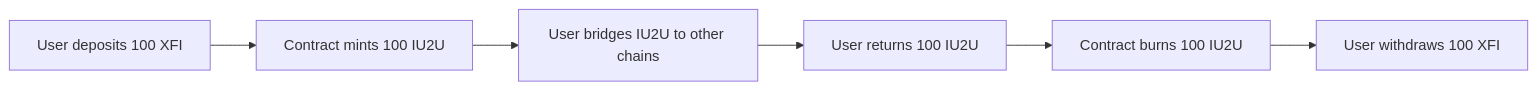
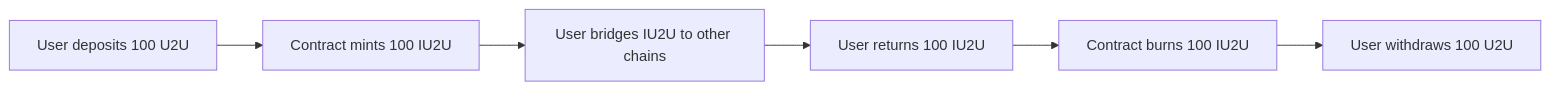
Before and after one commit to DINetworks/DI-U2U-Contracts: the first of 2 diagrams in docs/resources/faq.md, drawn with Mermaid. The commit also changed other lines of this file and 18 other files, not shown here.

````diff
--- a/docs/resources/faq.md
+++ b/docs/resources/faq.md
@@ -57,8 +57,8 @@
 ```mermaid
 flowchart LR
-    A[User deposits 100 XFI] --> B[Contract mints 100 IU2U]
+    A[User deposits 100 U2U] --> B[Contract mints 100 IU2U]
     B --> C[User bridges IU2U to other chains]
     C --> D[User returns 100 IU2U]
     D --> E[Contract burns 100 IU2U]
-    E --> F[User withdraws 100 XFI]
+    E --> F[User withdraws 100 U2U]
 ```
````
